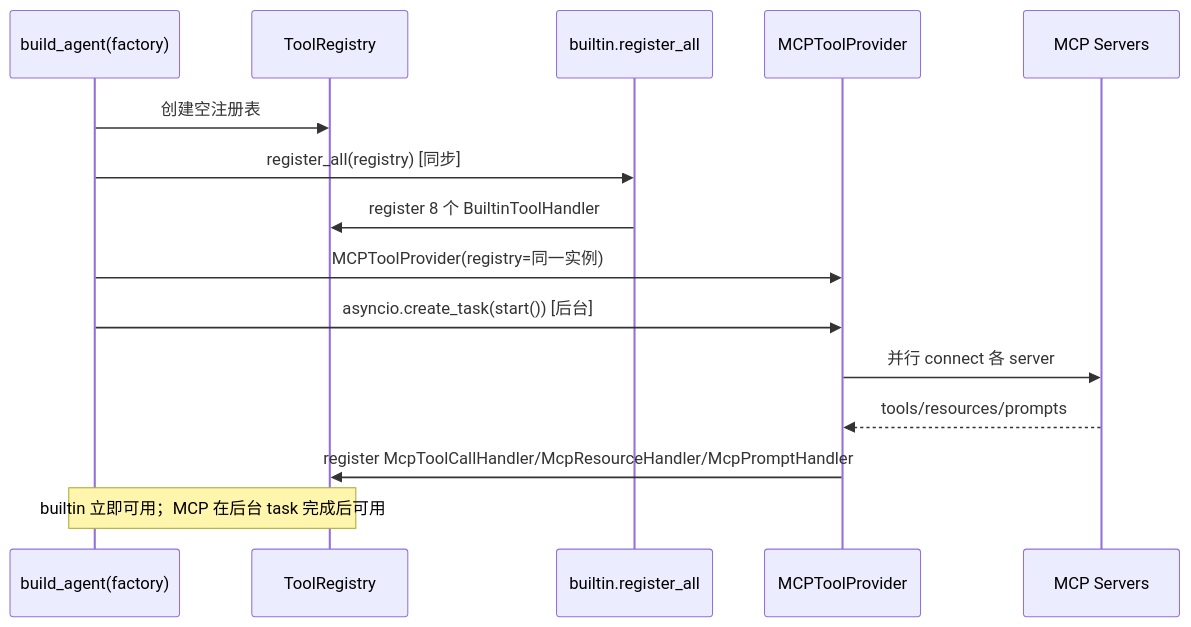
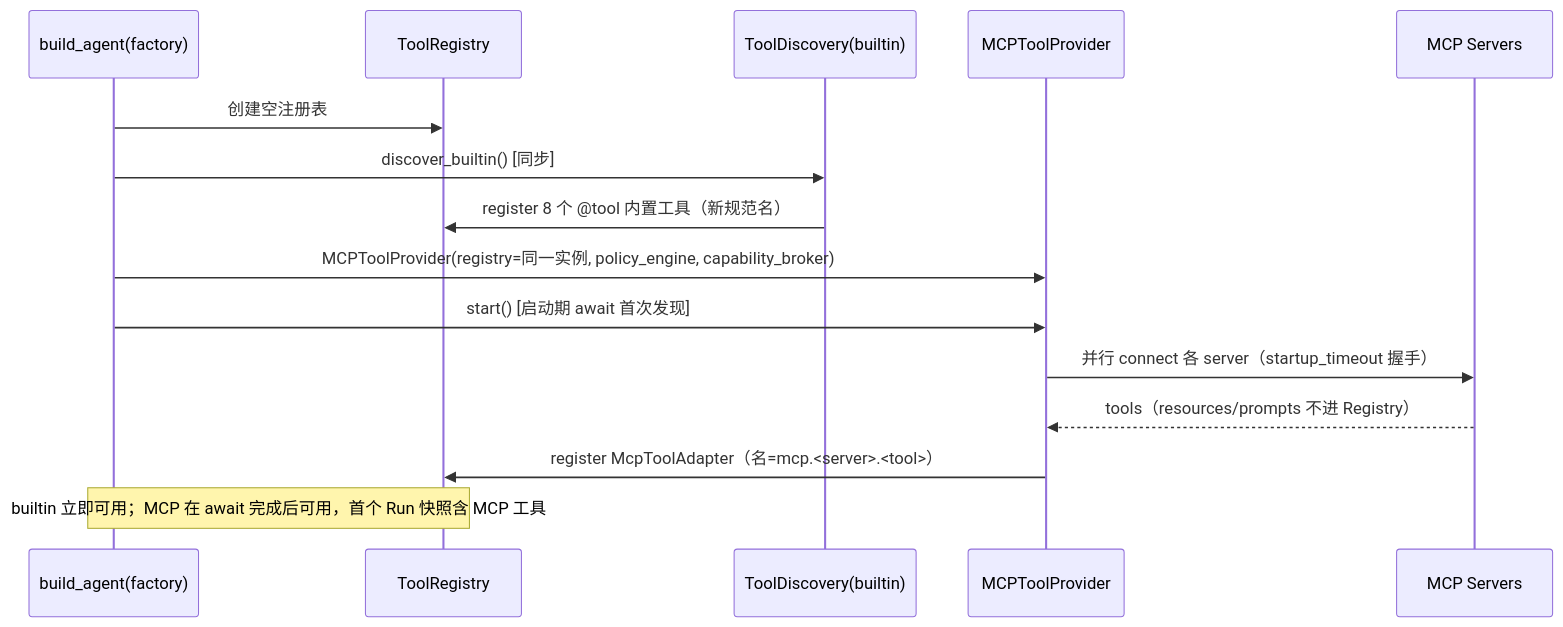
Before and after one commit to aandbcct/dotClaw: the third of 4 diagrams in docs/wiki/Tool 模块总体说明.md, drawn with Mermaid. The commit also changed other lines of this file and 5 other files, not shown here.

First line of the commit message:
feat(tools): 完成 Tool v1 阶段五 — 配置清理、文档收敛与弃用路径删除

````diff
--- a/docs/wiki/Tool 模块总体说明.md
+++ b/docs/wiki/Tool 模块总体说明.md
@@ -203,18 +229,18 @@
 ```mermaid
 sequenceDiagram
     participant F as build_agent(factory)
     participant R as ToolRegistry
-    participant B as builtin.register_all
+    participant B as ToolDiscovery(builtin)
     participant M as MCPToolProvider
     participant Ext as MCP Servers
 
     F->>R: 创建空注册表
-    F->>B: register_all(registry)  [同步]
-    B->>R: register 8 个 BuiltinToolHandler
-    F->>M: MCPToolProvider(registry=同一实例)
-    F->>M: asyncio.create_task(start())  [后台]
-    M->>Ext: 并行 connect 各 server
-    Ext-->>M: tools/resources/prompts
-    M->>R: register McpToolCallHandler/McpResourceHandler/McpPromptHandler
-    Note over F,R: builtin 立即可用；MCP 在后台 task 完成后可用
+    F->>B: discover_builtin()  [同步]
+    B->>R: register 8 个 @tool 内置工具（新规范名）
+    F->>M: MCPToolProvider(registry=同一实例, policy_engine, capability_broker)
+    F->>M: start()  [启动期 await 首次发现]
+    M->>Ext: 并行 connect 各 server（startup_timeout 握手）
+    Ext-->>M: tools（resources/prompts 不进 Registry）
+    M->>R: register McpToolAdapter（名=mcp.<server>.<tool>）
+    Note over F,R: builtin 立即可用；MCP 在 await 完成后可用，首个 Run 快照含 MCP 工具
 ```
````
